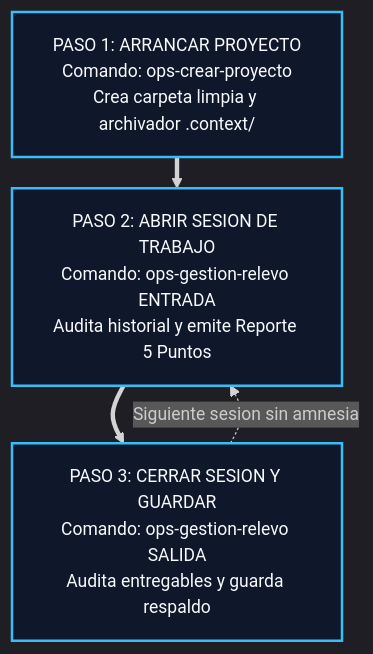
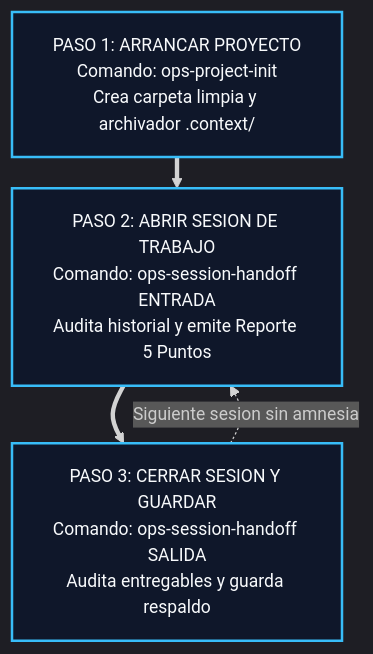
The first of 4 diagrams in README.md (eddvasquez/agent-ops-core), drawn with Mermaid before and after one commit. The commit also changed other lines of this file and 4 other files, not shown here.

Commit message:
feat(skills): renombrar a estandar en ingles ops-project-init, ops-session-handoff y ops-project-migrate

````diff
--- a/README.md
+++ b/README.md
@@ -74,13 +74,13 @@
 ```mermaid
 %%{init: {'theme': 'dark', 'themeVariables': { 'fontSize': '14px' }, 'flowchart': { 'minNodeWidth': 280, 'nodeSpacing': 25, 'rankSpacing': 25, 'padding': 16 }}}%%
 flowchart TD
-    Paso1["PASO 1: ARRANCAR PROYECTO<br>Comando: ops-crear-proyecto<br>Crea carpeta limpia y archivador .context/"]
-    Paso2["PASO 2: ABRIR SESION DE TRABAJO<br>Comando: ops-gestion-relevo ENTRADA<br>Audita historial y emite Reporte 5 Puntos"]
-    Paso3["PASO 3: CERRAR SESION Y GUARDAR<br>Comando: ops-gestion-relevo SALIDA<br>Audita entregables y guarda respaldo"]
+    Paso1["PASO 1: ARRANCAR PROYECTO<br>Comando: ops-project-init<br>Crea carpeta limpia y archivador .context/"]
+    Paso2["PASO 2: ABRIR SESION DE TRABAJO<br>Comando: ops-session-handoff ENTRADA<br>Audita historial y emite Reporte 5 Puntos"]
+    Paso3["PASO 3: CERRAR SESION Y GUARDAR<br>Comando: ops-session-handoff SALIDA<br>Audita entregables y guarda respaldo"]
 
     Paso1 ==> Paso2 ==> Paso3
     Paso3 -.->|"Siguiente sesion sin amnesia"| Paso2
 
     classDef step fill:#0f172a,stroke:#38bdf8,stroke-width:2px,color:#f8fafc;
     class Paso1,Paso2,Paso3 step;
 ```
````
